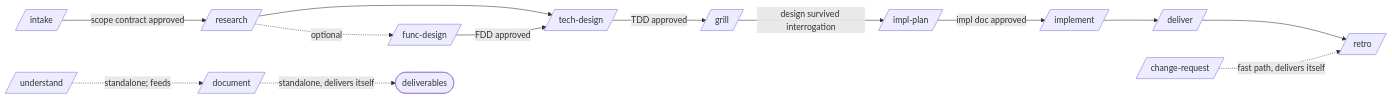
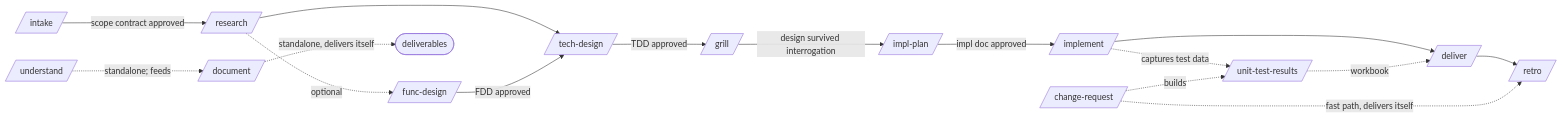
One commit to Loneranger001/software_engineer_stack changed the diagram in README.md. Above: the diagram before and after it, drawn with Mermaid. The commit also changed other lines of this file and 23 other files, not shown here.

Commit message:
Unit-test results workbook: /unit-test-results and ses ut-workbook (0.17.0) (#45)

````diff
--- a/README.md
+++ b/README.md
@@ -7,16 +7,19 @@
 ```mermaid
 flowchart LR
     A[/intake/] -->|scope contract approved| B[/research/]
     B --> C[/tech-design/]
     B -.optional.-> FD[/func-design/]
     FD -->|FDD approved| C
     C -->|TDD approved| G[/grill/]
     G -->|design survived interrogation| D[/impl-plan/]
     D -->|impl doc approved| E[/implement/]
     E --> F[/deliver/]
     F --> R[/retro/]
 
     CR[/change-request/] -.fast path, delivers itself.-> R
     DOC[/document/] -.standalone, delivers itself.-> OUT([deliverables])
     UND[/understand/] -.standalone; feeds.-> DOC
+    E -.captures test data.-> UT[/unit-test-results/]
+    UT -.workbook.-> F
+    CR -.builds.-> UT
 ```
````
